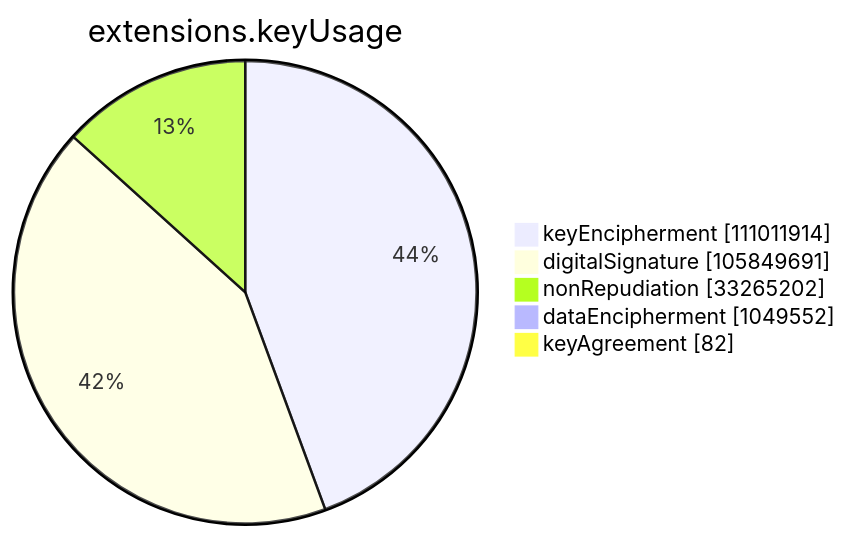
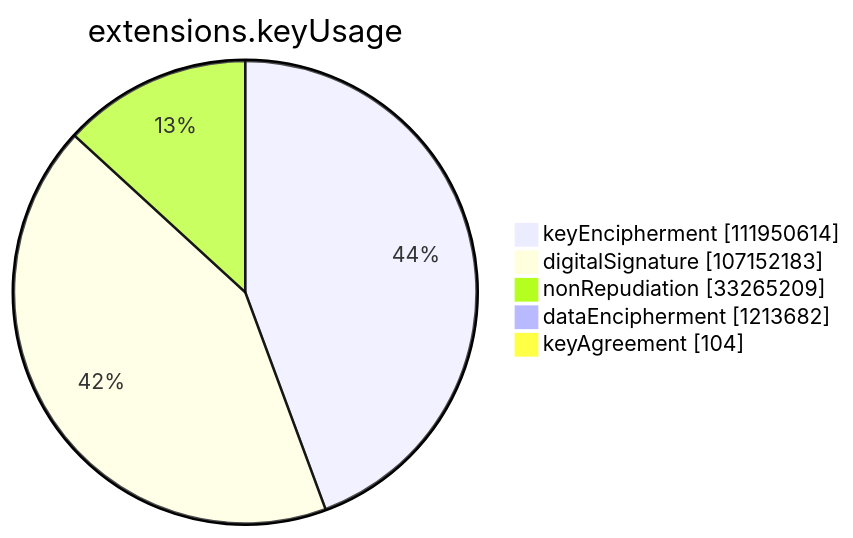
One commit to christiankrug/ctmonitor_visualization changed the sixth of 15 diagrams in xenon2023/README.md. Above: the diagram before and after it, drawn with Mermaid. The commit also changed other lines of this file, not shown here.

````diff
--- a/xenon2023/README.md
+++ b/xenon2023/README.md
@@ -2121,9 +2129,9 @@
 ```mermaid
 pie showData
 title extensions.keyUsage
-"keyEncipherment" :111011914
-"digitalSignature" :105849691
-"nonRepudiation" :33265202
-"dataEncipherment" :1049552
-"keyAgreement" :82
+"keyEncipherment" :111950614
+"digitalSignature" :107152183
+"nonRepudiation" :33265209
+"dataEncipherment" :1213682
+"keyAgreement" :104
 ```
````
